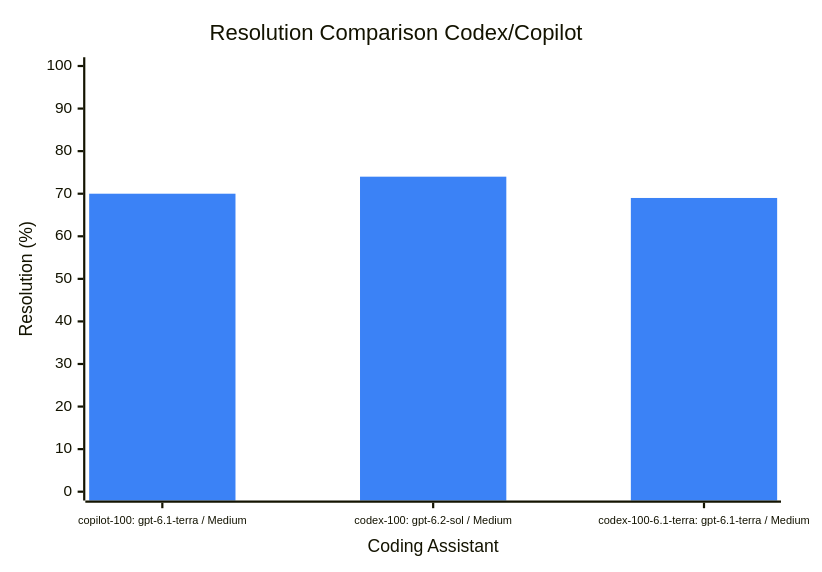
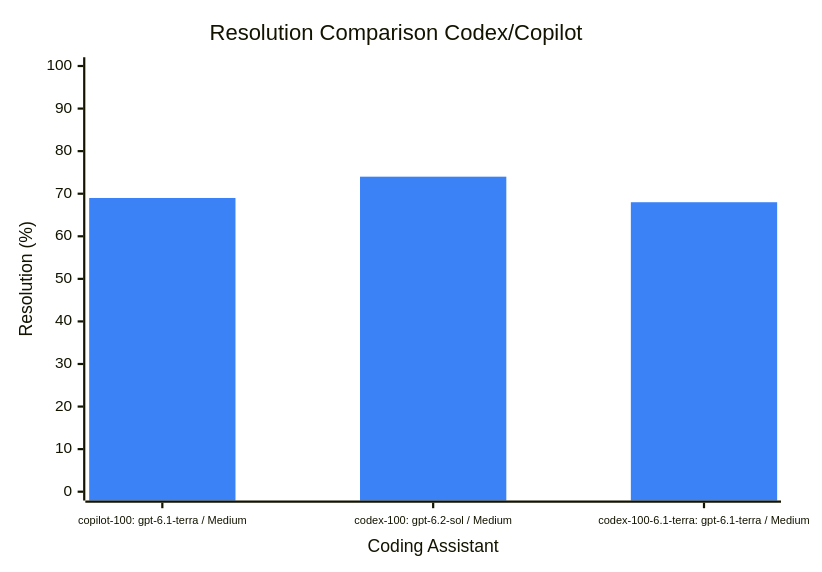
Before and after one commit to jimthompson5802/swebench-experiments-driver: the diagram in docs/swebench-notes.md, drawn with Mermaid. The commit also changed other lines of this file and 1 other file, not shown here.

````diff
--- a/docs/swebench-notes.md
+++ b/docs/swebench-notes.md
@@ -8,16 +8,16 @@
 ```mermaid
 ---
 config:
     themeVariables:
         xyChart:
             plotColorPalette: "#3b82f6"
     xyChart:
         xAxis:
             labelFontSize: 10
 ---
 xychart-beta
     title "Resolution Comparison Codex/Copilot"
     x-axis "Coding Assistant" ["copilot-100: gpt-6.1-terra / Medium", "codex-100: gpt-6.2-sol / Medium", "codex-100-6.1-terra: gpt-6.1-terra / Medium"]
     y-axis "Resolution (%)" 0 --> 100
-    bar [70, 74, 69]
+    bar [69, 74, 68]
 ```
````
